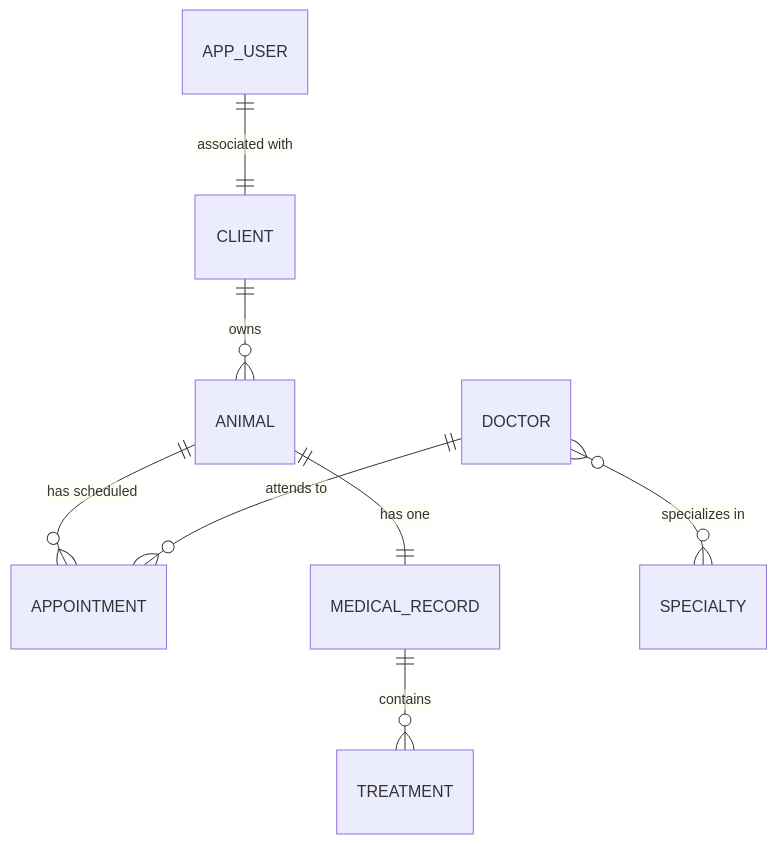
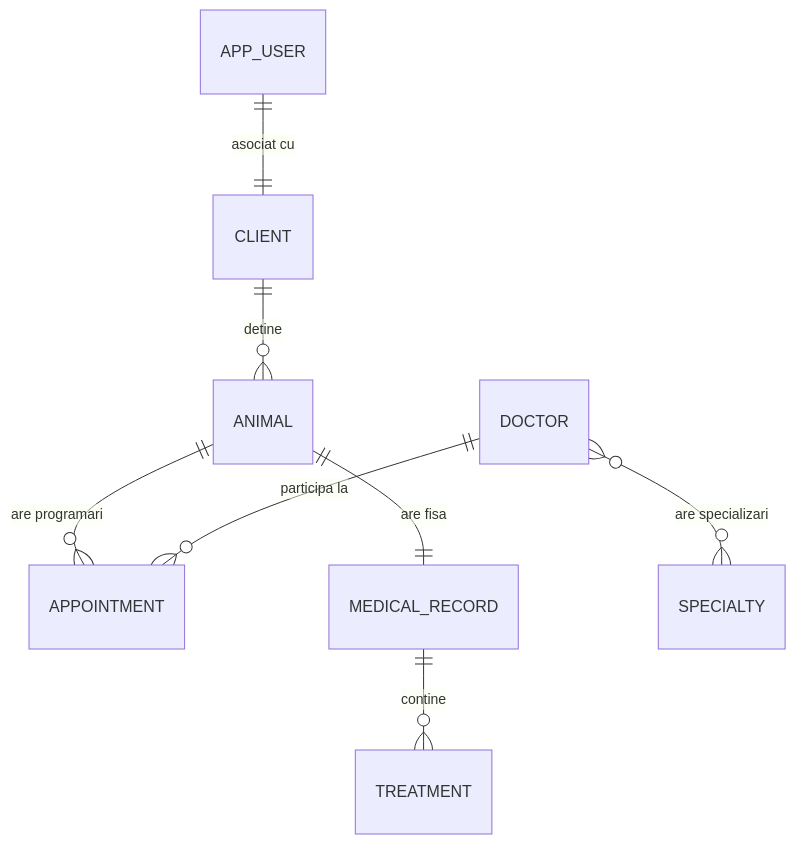
The diagram in README.md (antonio-student/vet-clinic), drawn with Mermaid before and after one commit. The commit also changed 14 other files, not shown here.

````diff
--- a/README.md
+++ b/README.md
@@ -21,10 +21,10 @@
 ```mermaid
 erDiagram
-    CLIENT ||--o{ ANIMAL : owns
-    ANIMAL ||--o{ APPOINTMENT : "has scheduled"
-    DOCTOR ||--o{ APPOINTMENT : "attends to"
-    ANIMAL ||--|| MEDICAL_RECORD : "has one"
-    MEDICAL_RECORD ||--o{ TREATMENT : contains
-    DOCTOR }o--o{ SPECIALTY : "specializes in"
-    APP_USER ||--|| CLIENT : "associated with"
+    CLIENT ||--o{ ANIMAL : detine
+    ANIMAL ||--o{ APPOINTMENT : "are programari"
+    DOCTOR ||--o{ APPOINTMENT : "participa la"
+    ANIMAL ||--|| MEDICAL_RECORD : "are fisa"
+    MEDICAL_RECORD ||--o{ TREATMENT : contine
+    DOCTOR }o--o{ SPECIALTY : "are specializari"
+    APP_USER ||--|| CLIENT : "asociat cu"
 ```
````
